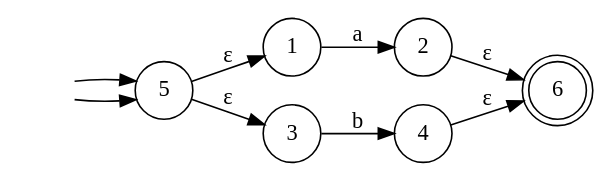
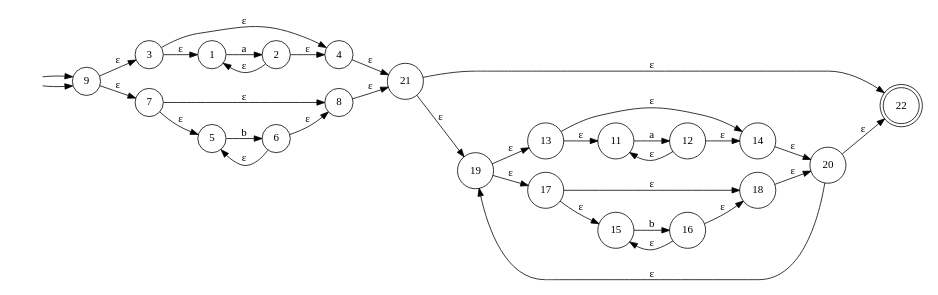
Before and after one commit to donmatthiuz/Laboratorios_Teoria_Computacion-: the diagram in automata.gv, drawn with Graphviz. The commit also changed 12 other files, not shown here.

```diff
--- a/automata.gv
+++ b/automata.gv
@@ -1,16 +1,42 @@
 digraph finite_state_machine {
 	rankdir=LR size="8,5"
 	node [shape=doublecircle]
-	6
+	22
 	node [shape=circle]
 	"" [style=invis]
-	"" -> 5
-	5 -> 1 [label="ε"]
+	"" -> 9
+	9 -> 3 [label="ε"]
 	"" [style=invis]
-	"" -> 5
-	5 -> 3 [label="ε"]
-	2 -> 6 [label="ε"]
-	4 -> 6 [label="ε"]
+	"" -> 9
+	9 -> 7 [label="ε"]
+	4 -> 21 [label="ε"]
+	8 -> 21 [label="ε"]
+	3 -> 1 [label="ε"]
+	2 -> 1 [label="ε"]
+	2 -> 4 [label="ε"]
+	3 -> 4 [label="ε"]
 	1 -> 2 [label=a]
-	3 -> 4 [label=b]
+	7 -> 5 [label="ε"]
+	6 -> 5 [label="ε"]
+	6 -> 8 [label="ε"]
+	7 -> 8 [label="ε"]
+	5 -> 6 [label=b]
+	21 -> 19 [label="ε"]
+	20 -> 19 [label="ε"]
+	20 -> 22 [label="ε"]
+	21 -> 22 [label="ε"]
+	19 -> 13 [label="ε"]
+	19 -> 17 [label="ε"]
+	14 -> 20 [label="ε"]
+	18 -> 20 [label="ε"]
+	13 -> 11 [label="ε"]
+	12 -> 11 [label="ε"]
+	12 -> 14 [label="ε"]
+	13 -> 14 [label="ε"]
+	11 -> 12 [label=a]
+	17 -> 15 [label="ε"]
+	16 -> 15 [label="ε"]
+	16 -> 18 [label="ε"]
+	17 -> 18 [label="ε"]
+	15 -> 16 [label=b]
 }
```
